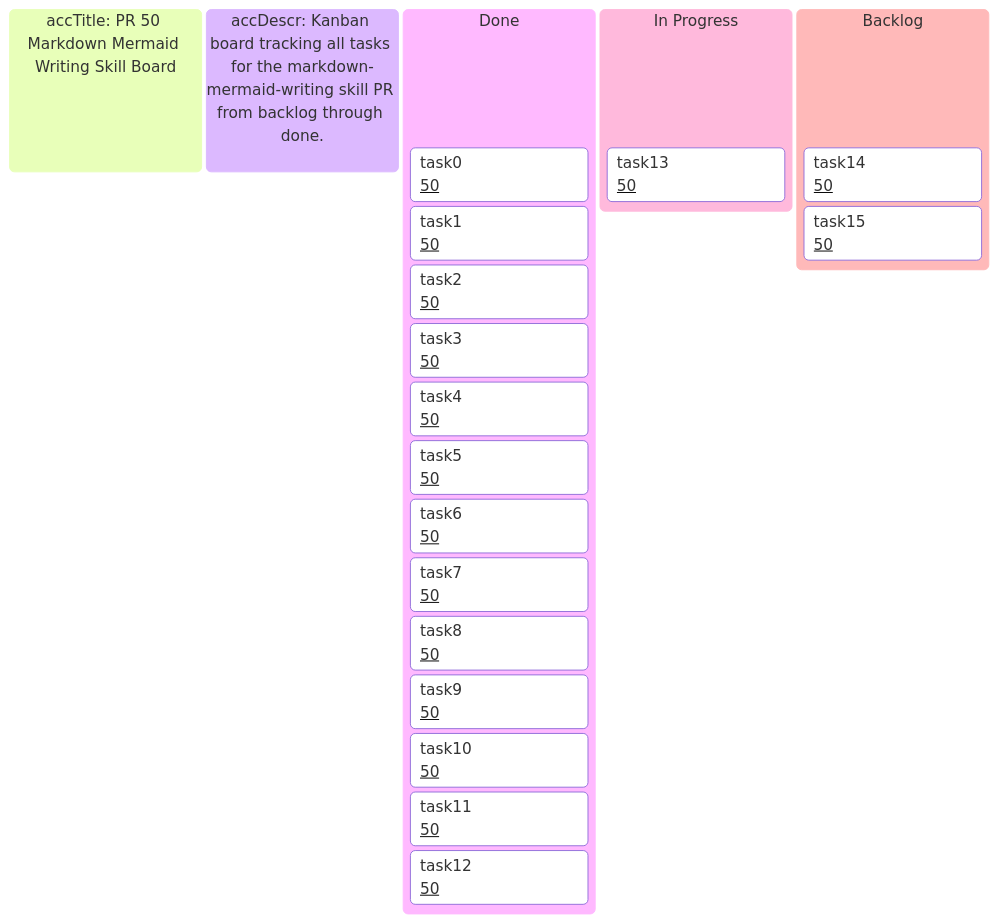
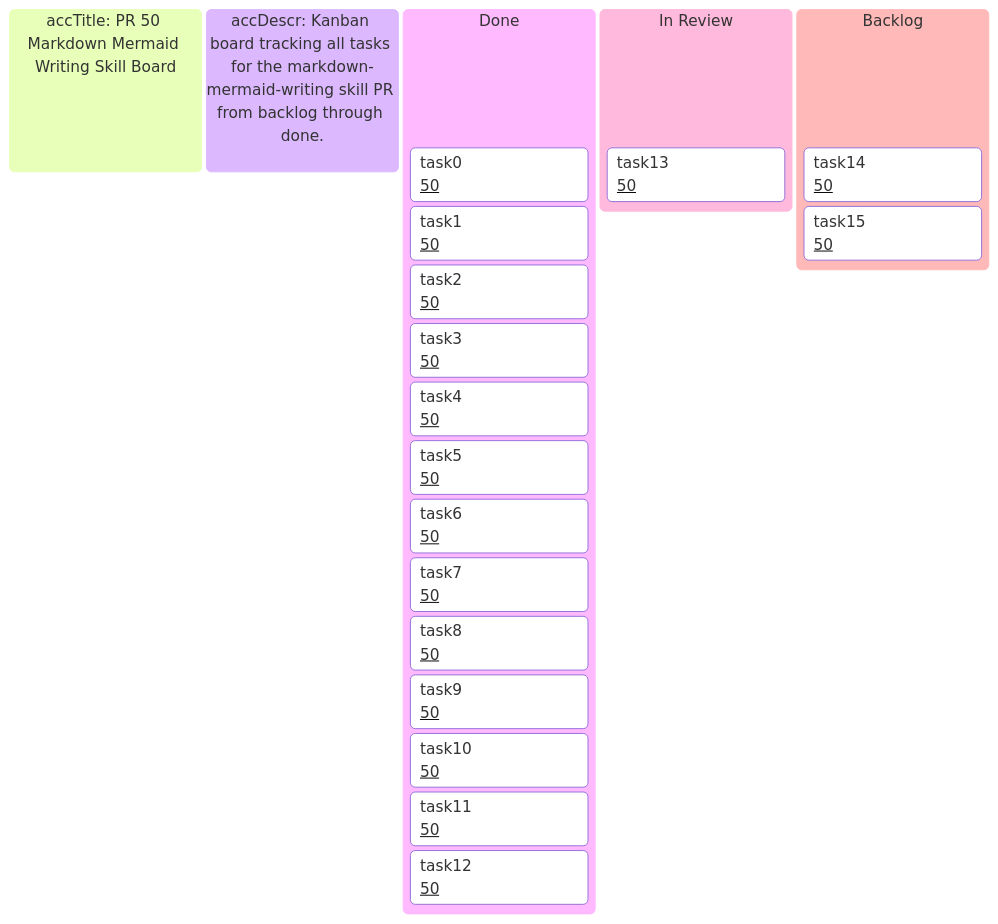
The first of 2 diagrams in docs/project/kanban/feat-00000050-markdown-mermaid-skill.md (K-Dense-AI/claude-scientific-skills), drawn with Mermaid before and after one commit. The commit also changed other lines of this file, not shown here.

First line of the commit message:
docs(kanban): update board to reflect PR #50 open and in review

````diff
--- a/docs/project/kanban/feat-00000050-markdown-mermaid-skill.md
+++ b/docs/project/kanban/feat-00000050-markdown-mermaid-skill.md
@@ -9,32 +9,32 @@
 ```mermaid
 ---
 config:
   kanban:
     ticketBaseUrl: "https://github.com/K-Dense-AI/claude-scientific-skills/issues/"
 ---
 kanban
     accTitle: PR 50 Markdown Mermaid Writing Skill Board
     accDescr: Kanban board tracking all tasks for the markdown-mermaid-writing skill PR from backlog through done.
 
     column0[Done]
         task0@{ ticket: "50", title: "Create issue-00000050 feature request doc" }
         task1@{ ticket: "50", title: "Create PR-00000050 record doc" }
         task2@{ ticket: "50", title: "Create skill directory structure" }
         task3@{ ticket: "50", title: "Port markdown style guide (733 lines)" }
         task4@{ ticket: "50", title: "Port mermaid style guide (458 lines)" }
         task5@{ ticket: "50", title: "Port all 24 diagram type guides" }
         task6@{ ticket: "50", title: "Port all 9 document templates" }
         task7@{ ticket: "50", title: "Create SKILL.md with source format philosophy" }
         task8@{ ticket: "50", title: "Add example research report" }
         task9@{ ticket: "50", title: "Fix attribution to SuperiorByteWorks-LLC/agent-project" }
         task10@{ ticket: "50", title: "Fix Mermaid \\n → <br/> in all node labels" }
         task11@{ ticket: "50", title: "Renumber docs to #50 (upstream next number)" }
         task12@{ ticket: "50", title: "Create kanban board" }
 
-    column1[In Progress]
+    column1[In Review]
         task13@{ ticket: "50", title: "Push branch and open PR to K-Dense-AI/claude-scientific-skills" }
 
     column2[Backlog]
         task14@{ ticket: "50", title: "Human review and approval" }
         task15@{ ticket: "50", title: "Merge to main" }
 ```
````
